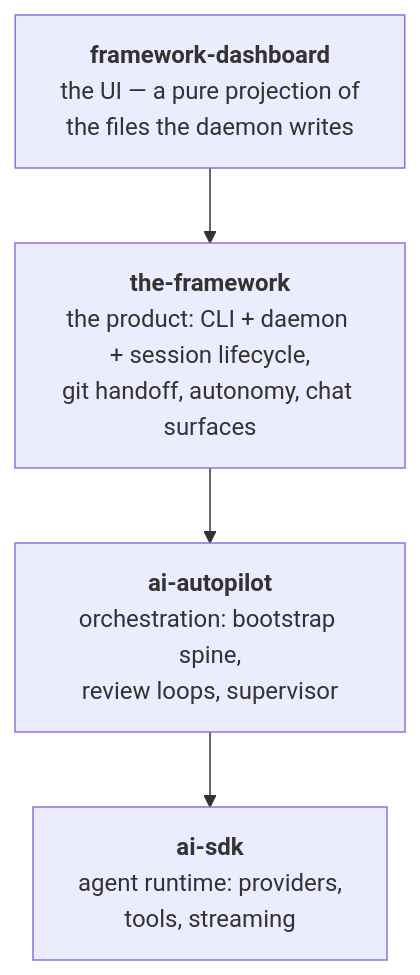
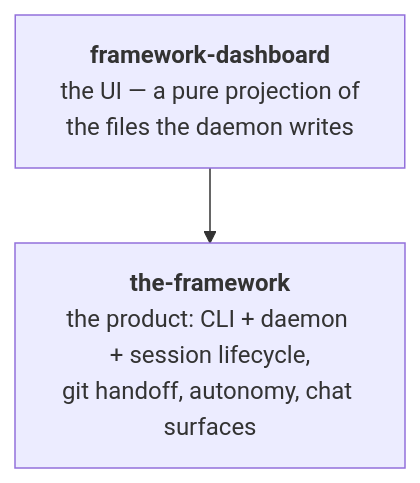
One commit to framework/the-framework changed the diagram in SPEC.md. Above: the diagram before and after it, drawn with Mermaid. The commit also changed other lines of this file and 629 other files, not shown here.

First line of the commit message:
A1 + A2: delete @gemstack/ai-sdk and @gemstack/ai-autopilot

````diff
--- a/SPEC.md
+++ b/SPEC.md
@@ -11,11 +11,7 @@
 ```mermaid
 graph TD
     dash["<b>framework-dashboard</b><br/>the UI — a pure projection of<br/>the files the daemon writes"]
     product["<b>the-framework</b><br/>the product: CLI + daemon + session lifecycle,<br/>git handoff, autonomy, chat surfaces"]
-    autopilot["<b>ai-autopilot</b><br/>orchestration: bootstrap spine,<br/>review loops, supervisor"]
-    sdk["<b>ai-sdk</b><br/>agent runtime: providers,<br/>tools, streaming"]
 
     dash --> product
-    product --> autopilot
-    autopilot --> sdk
 ```
````
